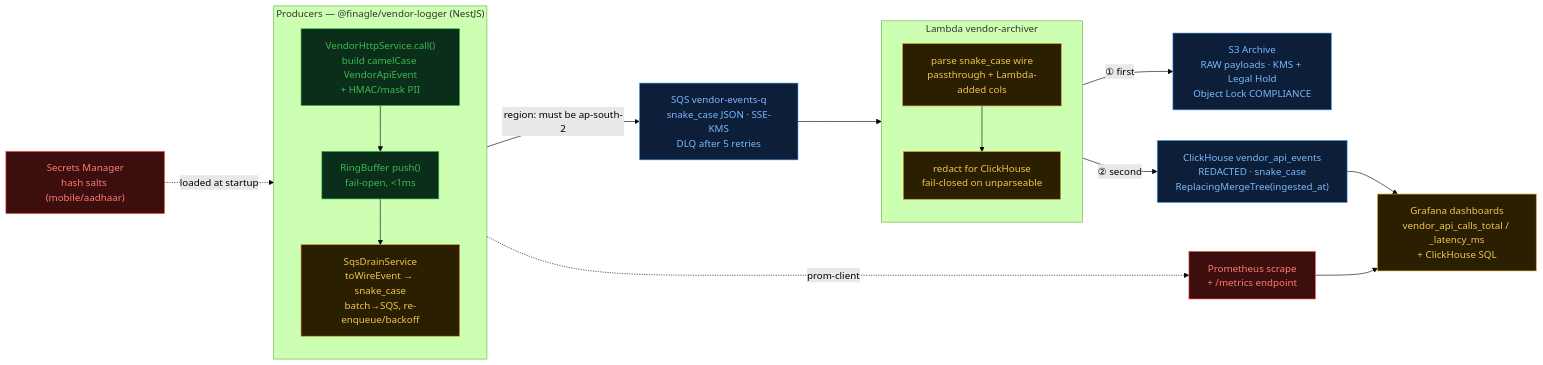
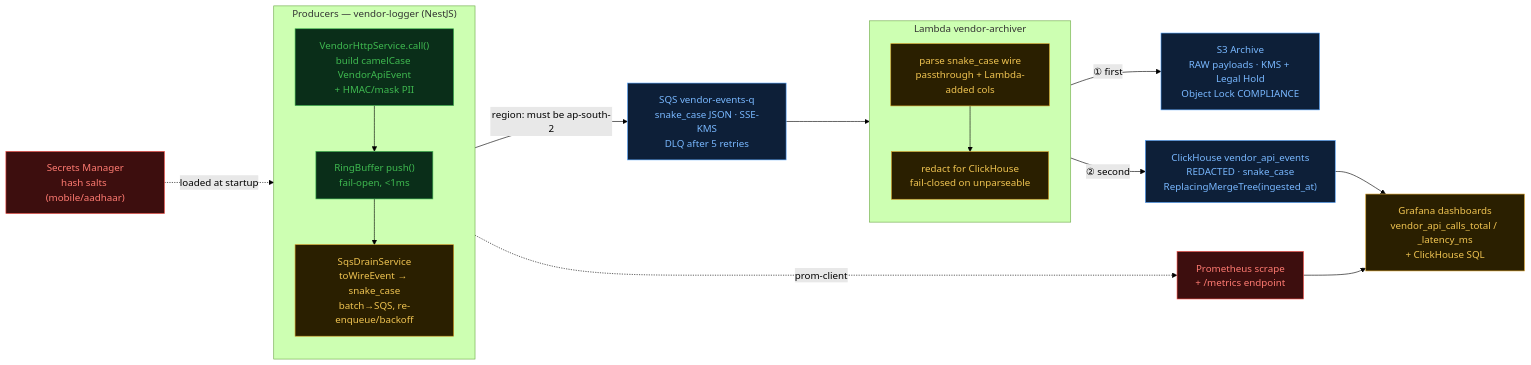
Before and after one commit to dheeraj7866/events-archival-datapipeline: the diagram in STATUS.md, drawn with Mermaid (forest theme). The commit also changed 32 other files, not shown here.

````diff
--- a/STATUS.md
+++ b/STATUS.md
@@ -14,38 +14,38 @@
 ```mermaid
 flowchart LR
-    subgraph PROD["Producers — @finagle/vendor-logger (NestJS)"]
+    subgraph PROD["Producers — vendor-logger (NestJS)"]
         direction TB
         HP["VendorHttpService.call()<br/>build camelCase VendorApiEvent<br/>+ HMAC/mask PII"]:::done
         RB["RingBuffer push()<br/>fail-open, &lt;1ms"]:::done
         DR["SqsDrainService<br/>toWireEvent → snake_case<br/>batch→SQS, re-enqueue/backoff"]:::fixed
         HP --> RB --> DR
     end
 
     SQS["SQS vendor-events-q<br/>snake_case JSON · SSE-KMS<br/>DLQ after 5 retries"]:::infra
 
     subgraph LAM["Lambda vendor-archiver"]
         direction TB
         PARSE["parse snake_case wire<br/>passthrough + Lambda-added cols"]:::fixed
         RED["redact for ClickHouse<br/>fail-closed on unparseable"]:::fixed
         PARSE --> RED
     end
 
     S3["S3 Archive<br/>RAW payloads · KMS + Legal Hold<br/>Object Lock COMPLIANCE"]:::infra
     CH["ClickHouse vendor_api_events<br/>REDACTED · snake_case<br/>ReplacingMergeTree(ingested_at)"]:::infra
     GRAF["Grafana dashboards<br/>vendor_api_calls_total / _latency_ms<br/>+ ClickHouse SQL"]:::fixed
     PROM["Prometheus scrape<br/>+ /metrics endpoint"]:::left
     SM["Secrets Manager<br/>hash salts (mobile/aadhaar)"]:::left
 
     DR -->|"region: must be ap-south-2"| SQS
     SQS --> PARSE
     RED -->|"① first"| S3
     RED -->|"② second"| CH
     CH --> GRAF
     PROD -.->|prom-client| PROM --> GRAF
     SM -.->|loaded at startup| HP
 
     classDef done   fill:#0a2e19,stroke:#3fb950,color:#3fb950;
     classDef fixed  fill:#2a1f00,stroke:#d29922,color:#f0c451;
     classDef infra  fill:#0d1f38,stroke:#58a6ff,color:#79b8ff;
     classDef left   fill:#3d0e0e,stroke:#f85149,color:#ff7b72;
 ```
````
